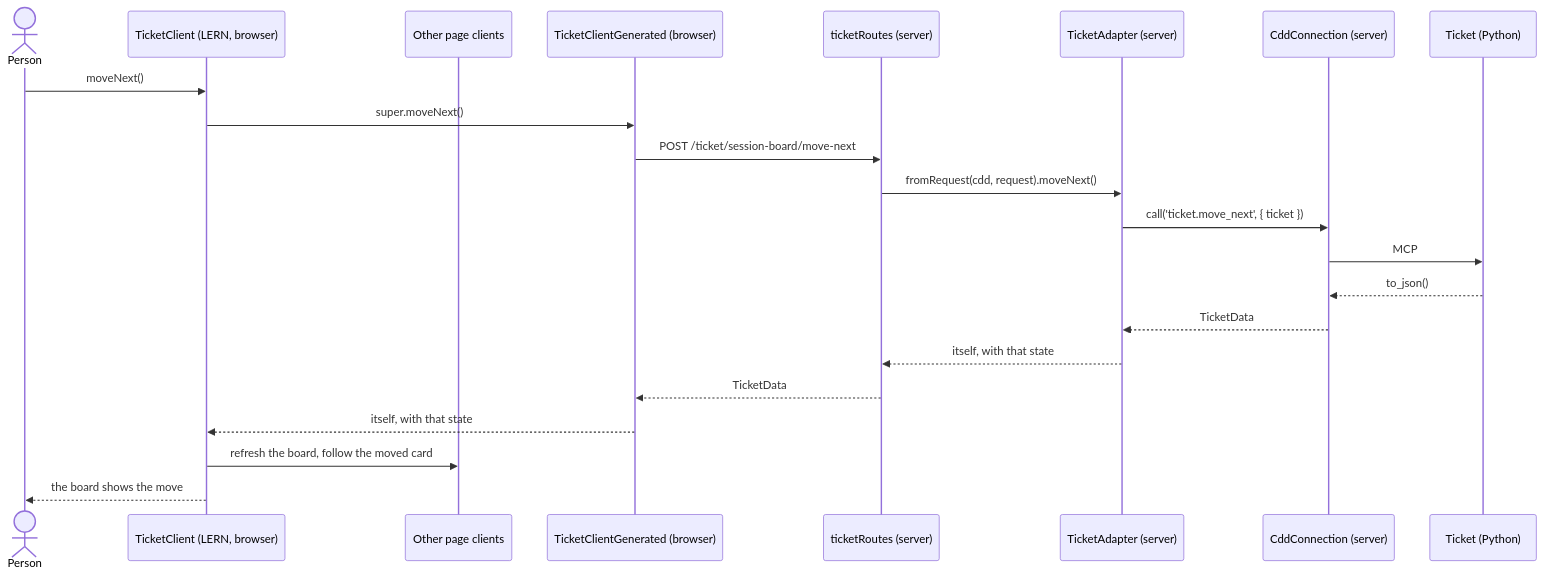
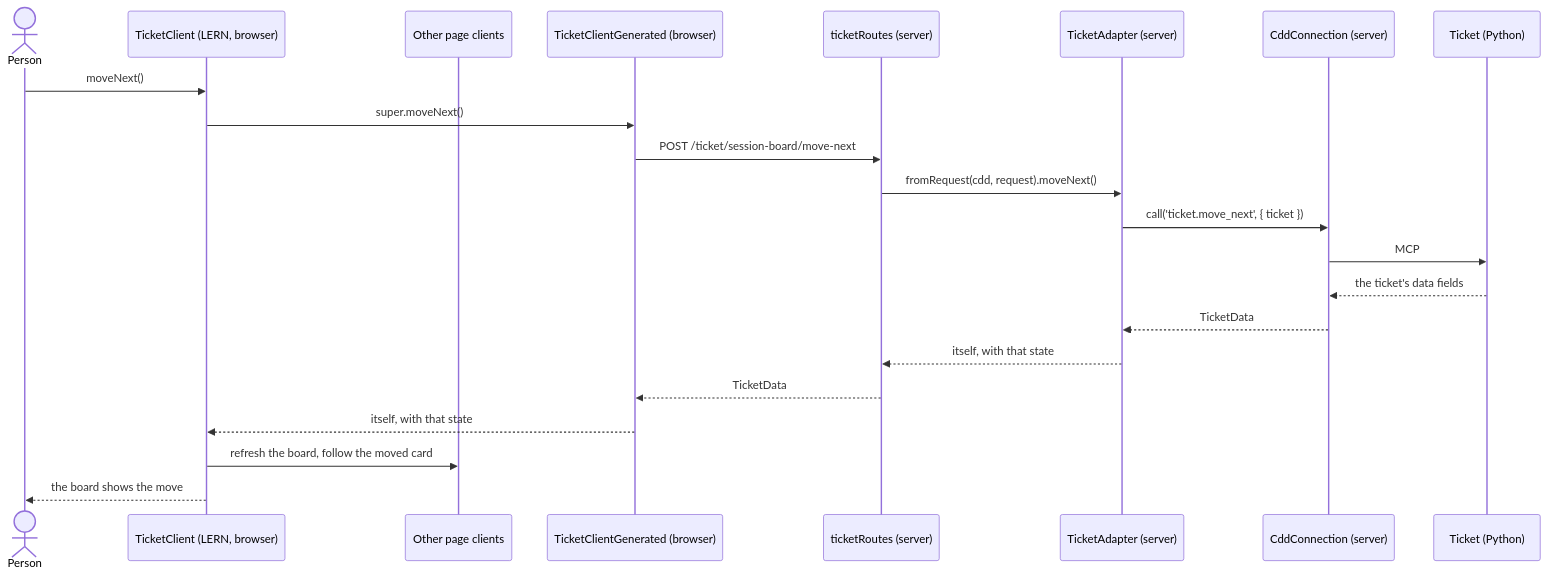
The second of 2 diagrams in cdd_guidance/patterns/cdd_web_domain_access/cdd_web_domain_access.md (abd-works/abd-context-driven-delivery), drawn with Mermaid before and after one commit. The commit also changed other lines of this file and 69 other files, not shown here.

````diff
--- a/cdd_guidance/patterns/cdd_web_domain_access/cdd_web_domain_access.md
+++ b/cdd_guidance/patterns/cdd_web_domain_access/cdd_web_domain_access.md
@@ -80,25 +81,25 @@
 ```mermaid
 sequenceDiagram
   actor Person
   participant Client as TicketClient (LERN, browser)
   participant Others as Other page clients
   participant Generated as TicketClientGenerated (browser)
   participant Route as ticketRoutes (server)
   participant Node as TicketAdapter (server)
   participant Connection as CddConnection (server)
   participant Python as Ticket (Python)
 
   Person->>Client: moveNext()
   Client->>Generated: super.moveNext()
   Generated->>Route: POST /ticket/session-board/move-next
   Route->>Node: fromRequest(cdd, request).moveNext()
   Node->>Connection: call('ticket.move_next', { ticket })
   Connection->>Python: MCP
-  Python-->>Connection: to_json()
+  Python-->>Connection: the ticket's data fields
   Connection-->>Node: TicketData
   Node-->>Route: itself, with that state
   Route-->>Generated: TicketData
   Generated-->>Client: itself, with that state
   Client->>Others: refresh the board, follow the moved card
   Client-->>Person: the board shows the move
 ```
````
